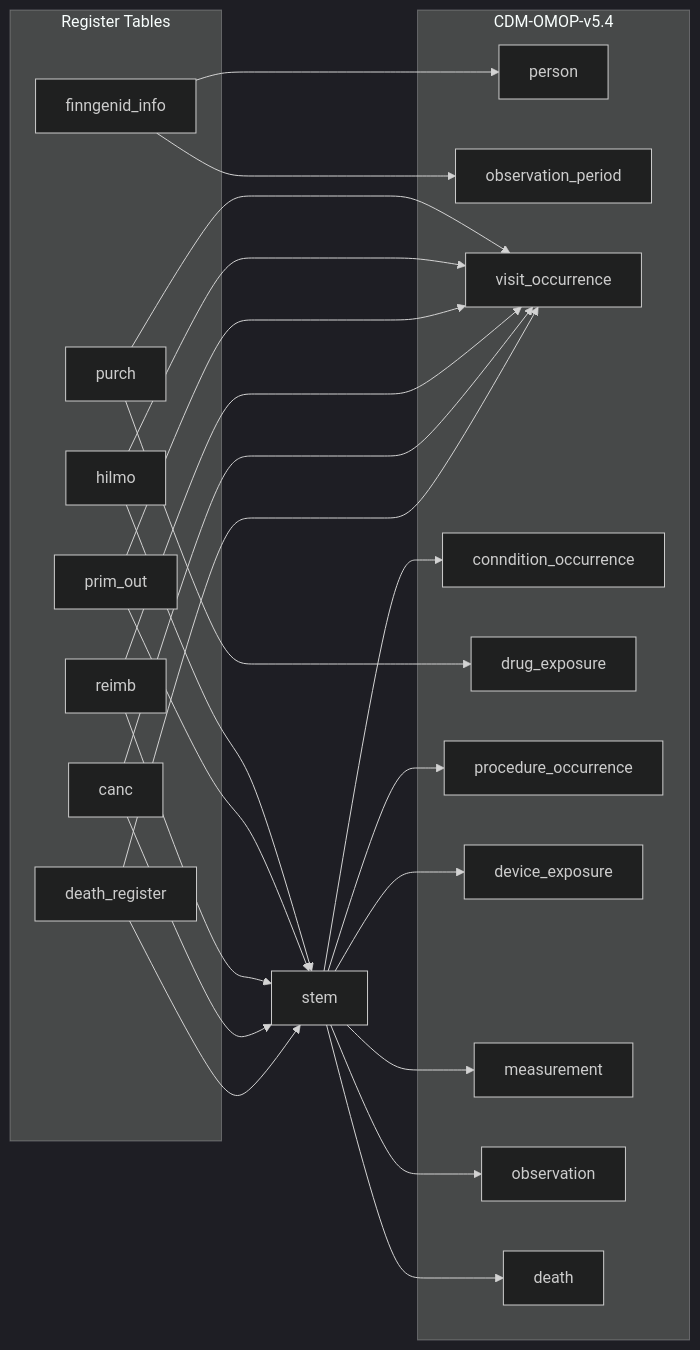
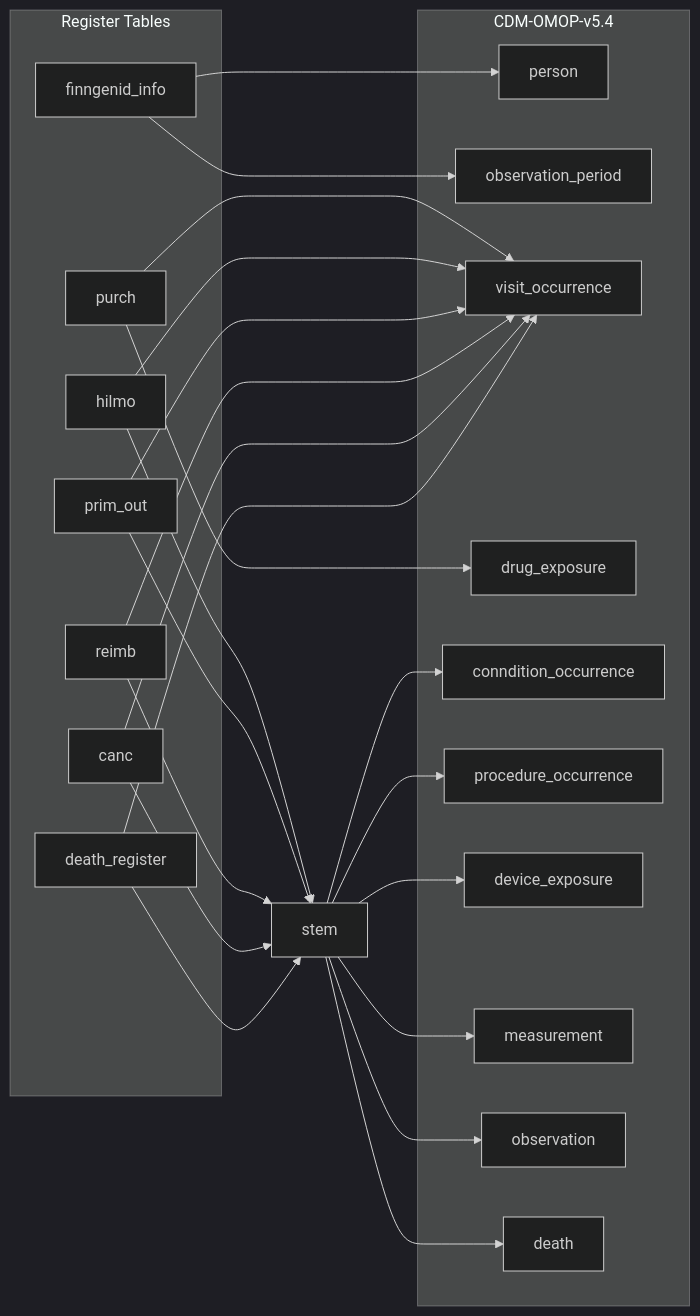
Before and after one commit to FINNGEN/ETL: the diagram in 2_etl_specifications/documentation/index.md, drawn with Mermaid (dark theme). The commit also changed other lines of this file and 7 other files, not shown here.

````diff
--- a/2_etl_specifications/documentation/index.md
+++ b/2_etl_specifications/documentation/index.md
@@ -3,53 +3,53 @@
 ```mermaid
 flowchart LR
     subgraph Register Tables
         finngenid_info
         purch
         hilmo
         prim_out
         reimb
         canc
         death_register
     end
 
     subgraph CDM-OMOP-v5.4
         person
         observation_period
         visit_occurrence
+        drug_exposure
         conndition_occurrence
-        drug_exposure
         procedure_occurrence
         device_exposure
         measurement
         observation
         death
     end
 
     finngenid_info-->person
     finngenid_info-->observation_period
 
     purch --> visit_occurrence
     purch --> drug_exposure
 
     hilmo --> visit_occurrence
     hilmo --> stem
 
     prim_out --> visit_occurrence
     prim_out --> stem
 
     reimb --> visit_occurrence
     reimb --> stem
 
     canc --> visit_occurrence
     canc --> stem
 
     death_register --> visit_occurrence
     death_register --> stem
 
     stem --> conndition_occurrence 
     stem --> procedure_occurrence
     stem --> device_exposure
     stem --> observation
     stem --> measurement
     stem --> death
 ```
````
